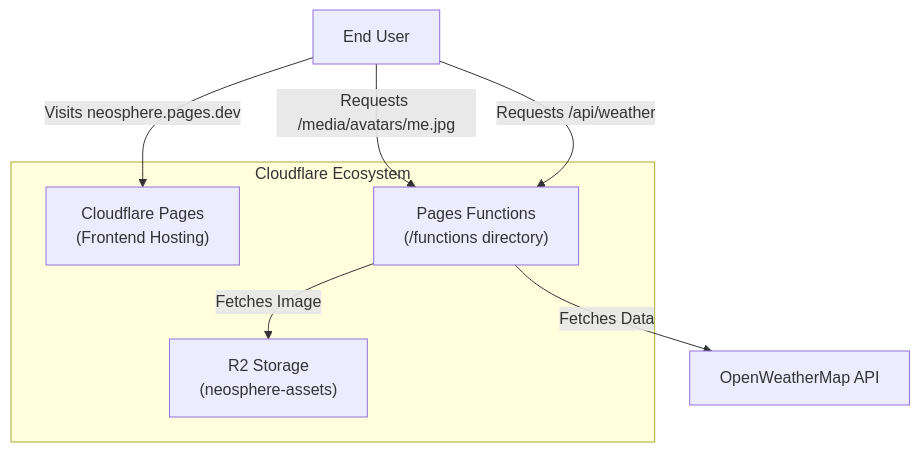
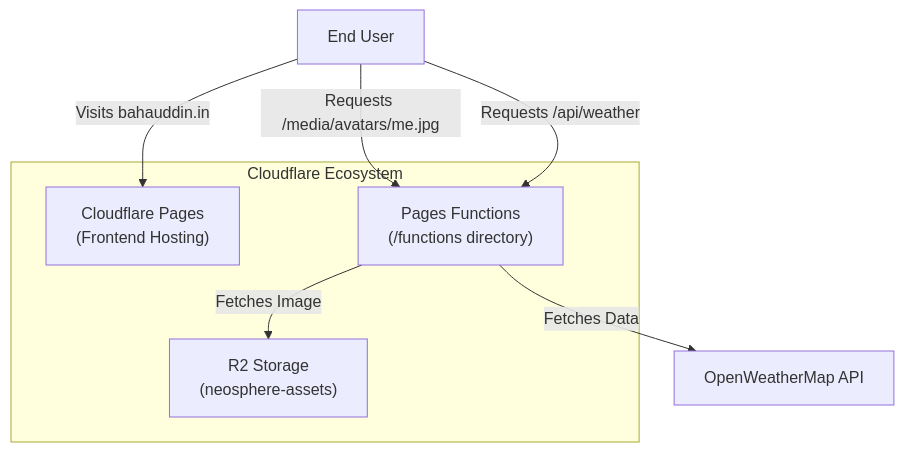
One commit to rplog/bweb changed the first of 2 diagrams in docs/workflow.md. Above: the diagram before and after it, drawn with Mermaid. The commit also changed 17 other files, not shown here.

````diff
--- a/docs/workflow.md
+++ b/docs/workflow.md
@@ -9,20 +9,20 @@
 ```mermaid
 graph TD
     User[End User]
     
     subgraph "Cloudflare Ecosystem"
         CF_Pages["Cloudflare Pages<br>(Frontend Hosting)"]
         CF_Functions["Pages Functions<br>(/functions directory)"]
         CF_R2["R2 Storage<br>(neosphere-assets)"]
     end
     
     External_API[OpenWeatherMap API]
 
     %% Interactions
-    User -->|Visits neosphere.pages.dev| CF_Pages
+    User -->|Visits bahauddin.in| CF_Pages
     User -->|Requests /media/avatars/me.jpg| CF_Functions
     User -->|Requests /api/weather| CF_Functions
     
     CF_Functions -->|Fetches Image| CF_R2
     CF_Functions -->|Fetches Data| External_API
 ```
````
